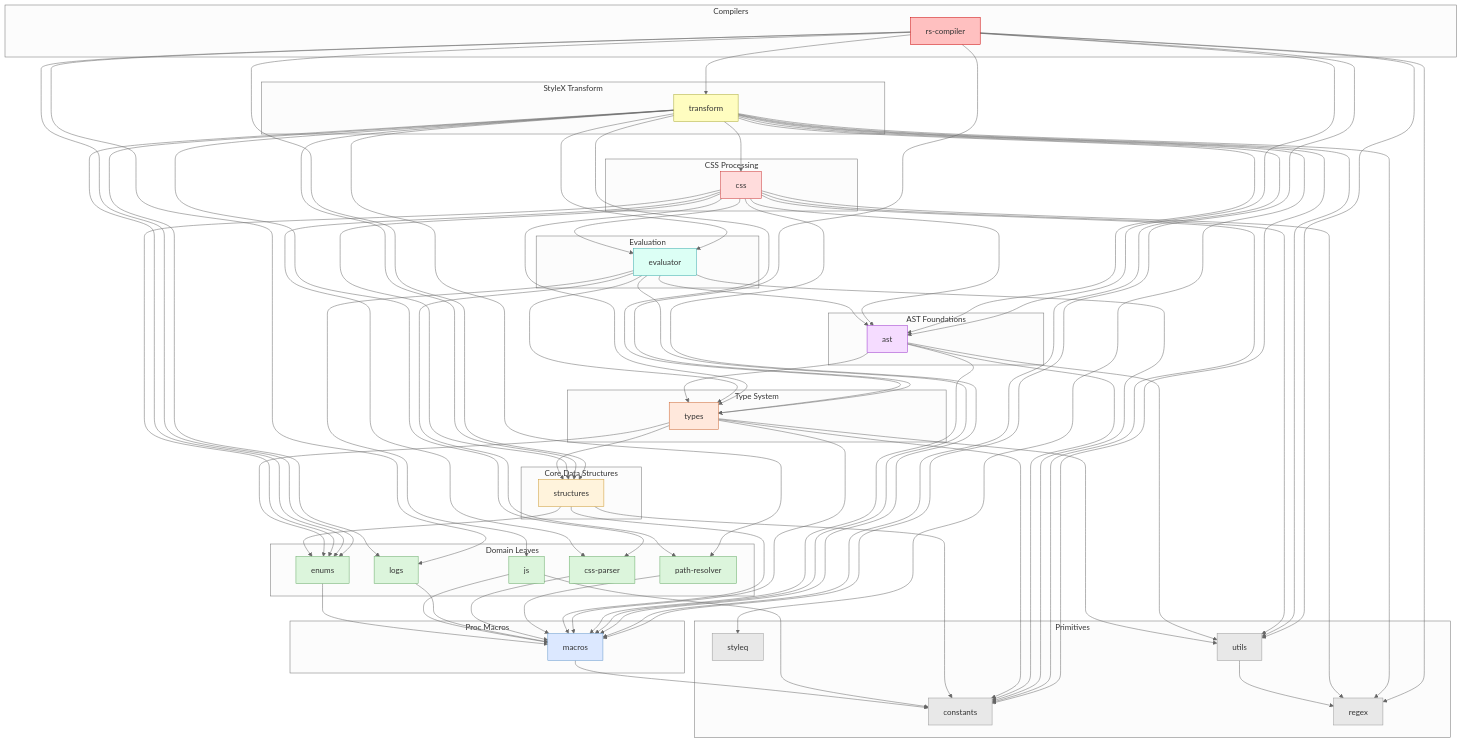
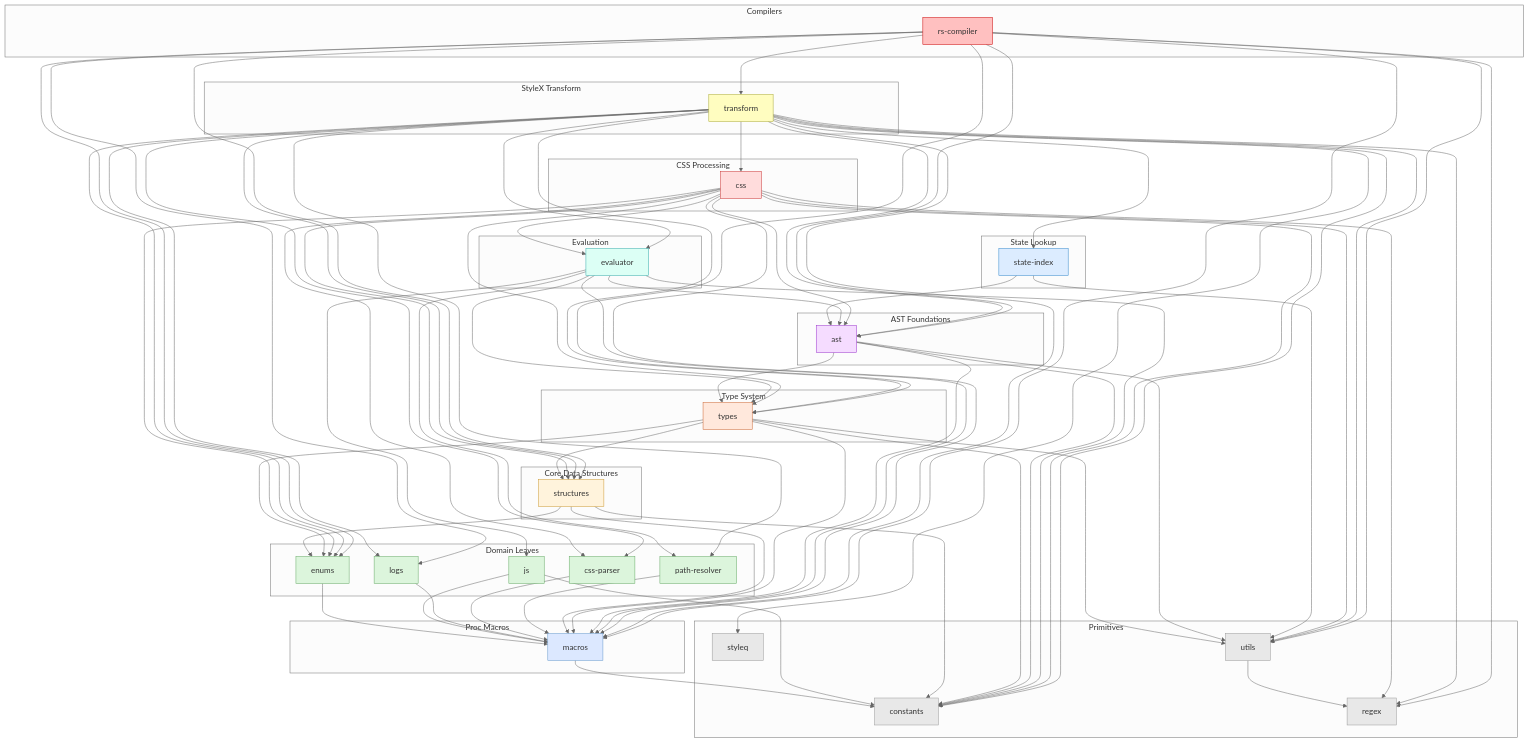
The diagram in crates/stylex-ast/README.md (Dwlad90/stylex-swc-plugin), drawn with Mermaid (neutral theme) before and after one commit. The commit also changed other lines of this file and 54 other files, not shown here.

First line of the commit message:
refactor(stylex_state_index): extract the state lookup indices into their own crate

````diff
--- a/crates/stylex-ast/README.md
+++ b/crates/stylex-ast/README.md
@@ -77,19 +78,23 @@
     stylex_ast["ast"]
   end
 
-  subgraph L6["Evaluation"]
+  subgraph L6["State Lookup"]
+    stylex_state_index["state-index"]
+  end
+
+  subgraph L7["Evaluation"]
     stylex_evaluator["evaluator"]
   end
 
-  subgraph L7["CSS Processing"]
+  subgraph L8["CSS Processing"]
     stylex_css["css"]
   end
 
-  subgraph L8["StyleX Transform"]
+  subgraph L9["StyleX Transform"]
     stylex_transform["transform"]
   end
 
-  subgraph L9["Compilers"]
+  subgraph L10["Compilers"]
     stylex_compiler_rs["rs-compiler"]
   end
 
@@ -119,6 +124,9 @@
   stylex_ast           --> stylex_types
   stylex_ast           --> stylex_utils
 
+  stylex_state_index   --> stylex_ast
+  stylex_state_index   --> stylex_utils
+
   stylex_evaluator     --> stylex_ast
   stylex_evaluator     --> stylex_constants
   stylex_evaluator     --> stylex_js
@@ -147,6 +155,7 @@
   stylex_transform     --> stylex_macros
   stylex_transform     --> stylex_path_resolver
   stylex_transform     --> stylex_regex
+  stylex_transform     --> stylex_state_index
   stylex_transform     --> stylex_structures
   stylex_transform     --> stylex_styleq
   stylex_transform     --> stylex_types
@@ -168,10 +177,11 @@
   classDef l3 fill:#fff3dc,stroke:#cc9933,color:#333
   classDef l4 fill:#ffe8dc,stroke:#cc6633,color:#333
   classDef l5 fill:#f5dcff,stroke:#9933cc,color:#333
-  classDef l6 fill:#dcfff5,stroke:#33aaaa,color:#333
-  classDef l7 fill:#ffdcdc,stroke:#cc3333,color:#333
-  classDef l8 fill:#fffdc0,stroke:#aaaa33,color:#333
-  classDef l9 fill:#ffc0c0,stroke:#cc0000,color:#333
+  classDef l6 fill:#dcecff,stroke:#3388cc,color:#333
+  classDef l7 fill:#dcfff5,stroke:#33aaaa,color:#333
+  classDef l8 fill:#ffdcdc,stroke:#cc3333,color:#333
+  classDef l9 fill:#fffdc0,stroke:#aaaa33,color:#333
+  classDef l10 fill:#ffc0c0,stroke:#cc0000,color:#333
 
   class stylex_constants,stylex_regex,stylex_styleq,stylex_utils l0
   class stylex_macros l1
@@ -179,8 +189,9 @@
   class stylex_structures l3
   class stylex_types l4
   class stylex_ast l5
-  class stylex_evaluator l6
-  class stylex_css l7
-  class stylex_transform l8
-  class stylex_compiler_rs l9
+  class stylex_state_index l6
+  class stylex_evaluator l7
+  class stylex_css l8
+  class stylex_transform l9
+  class stylex_compiler_rs l10
 ```
````
